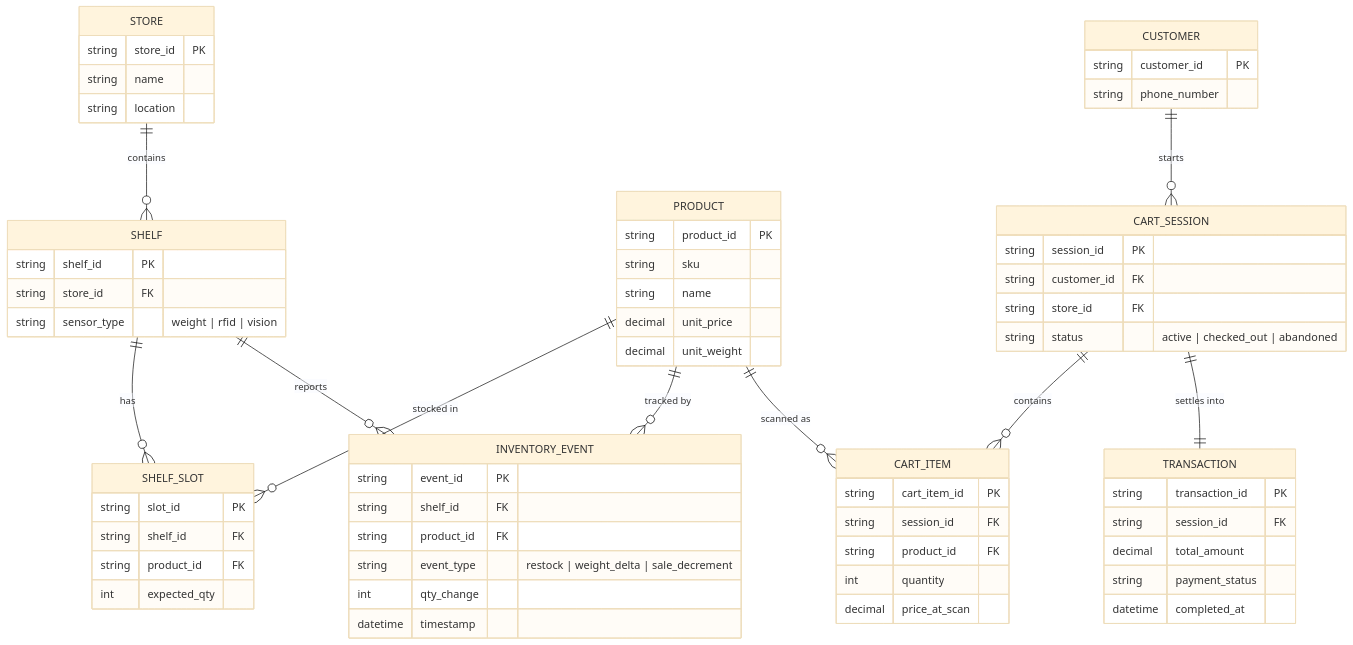
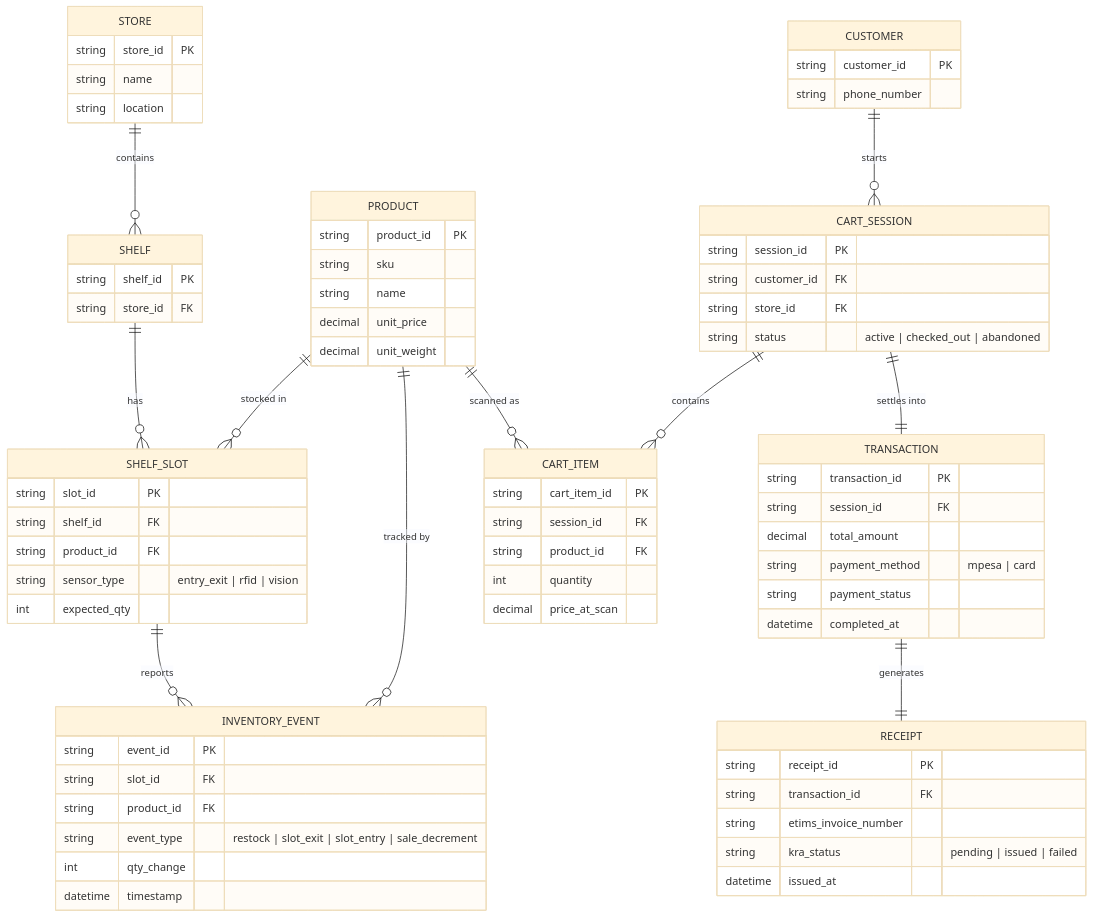
Before and after one commit to ako5117/smart_shopping: the diagram in docs/data-model.md, drawn with Mermaid (base theme). The commit also changed other lines of this file, not shown here.

Commit message:
Modify data model for inventory events and sensors
Updated data model to reflect changes in inventory event tracking and shelf slot sensor types.

````diff
--- a/docs/data-model.md
+++ b/docs/data-model.md
@@ -5,68 +5,77 @@
 ```mermaid
 erDiagram
     STORE ||--o{ SHELF : contains
     SHELF ||--o{ SHELF_SLOT : has
     PRODUCT ||--o{ SHELF_SLOT : "stocked in"
     PRODUCT ||--o{ INVENTORY_EVENT : "tracked by"
-    SHELF ||--o{ INVENTORY_EVENT : "reports"
+    SHELF_SLOT ||--o{ INVENTORY_EVENT : "reports"
     CART_SESSION ||--o{ CART_ITEM : contains
     PRODUCT ||--o{ CART_ITEM : "scanned as"
     CART_SESSION ||--|| TRANSACTION : "settles into"
+    TRANSACTION ||--|| RECEIPT : "generates"
     CUSTOMER ||--o{ CART_SESSION : starts
 
     STORE {
         string store_id PK
         string name
         string location
     }
     SHELF {
         string shelf_id PK
         string store_id FK
-        string sensor_type "weight | rfid | vision"
     }
     SHELF_SLOT {
         string slot_id PK
         string shelf_id FK
         string product_id FK
+        string sensor_type "entry_exit | rfid | vision"
         int expected_qty
     }
     PRODUCT {
         string product_id PK
         string sku
         string name
         decimal unit_price
         decimal unit_weight
     }
     INVENTORY_EVENT {
         string event_id PK
-        string shelf_id FK
+        string slot_id FK
         string product_id FK
-        string event_type "restock | weight_delta | sale_decrement"
+        string event_type "restock | slot_exit | slot_entry | sale_decrement"
         int qty_change
         datetime timestamp
     }
     CUSTOMER {
         string customer_id PK
         string phone_number
     }
     CART_SESSION {
         string session_id PK
         string customer_id FK
         string store_id FK
         string status "active | checked_out | abandoned"
     }
     CART_ITEM {
         string cart_item_id PK
         string session_id FK
         string product_id FK
         int quantity
         decimal price_at_scan
     }
     TRANSACTION {
         string transaction_id PK
         string session_id FK
         decimal total_amount
+        string payment_method "mpesa | card"
         string payment_status
         datetime completed_at
     }
+    RECEIPT {
+        string receipt_id PK
+        string transaction_id FK
+        string etims_invoice_number
+        string kra_status "pending | issued | failed"
+        datetime issued_at
+    }
 ```
````
